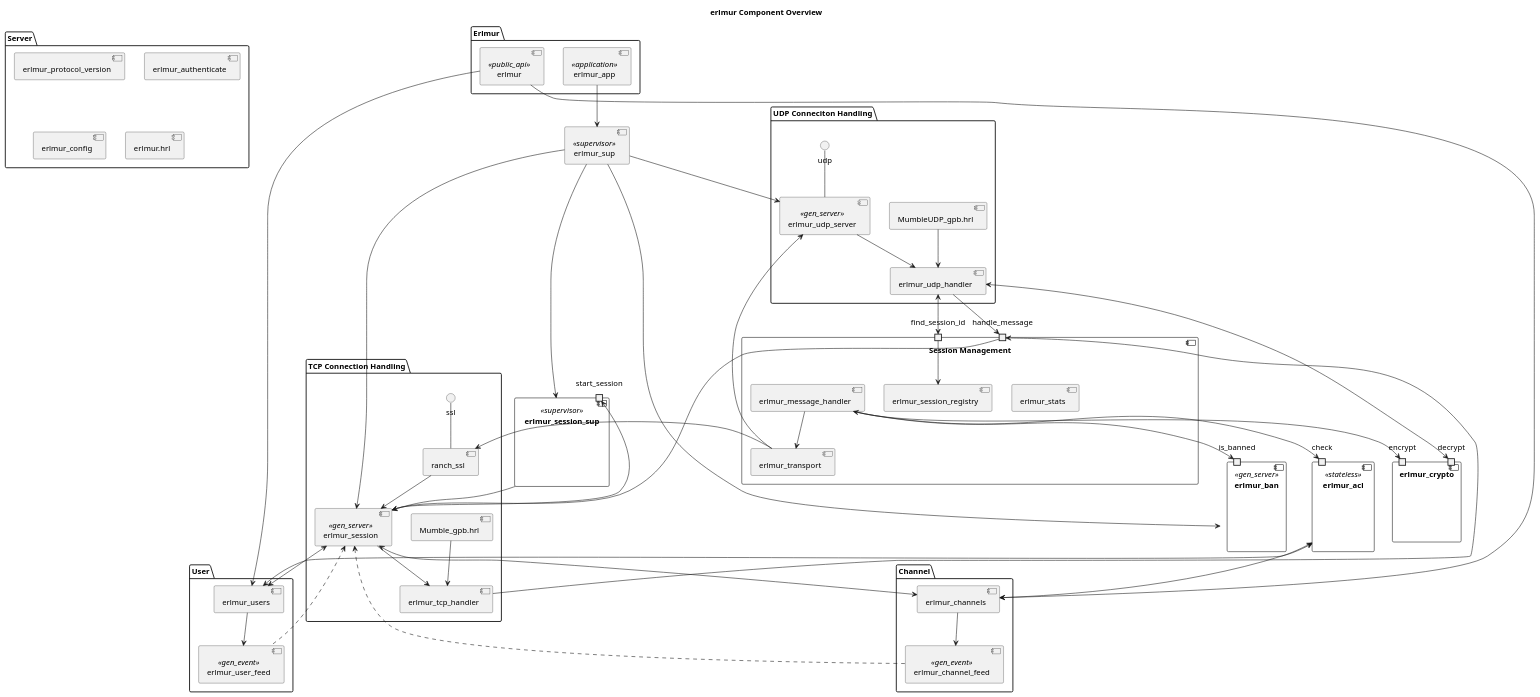
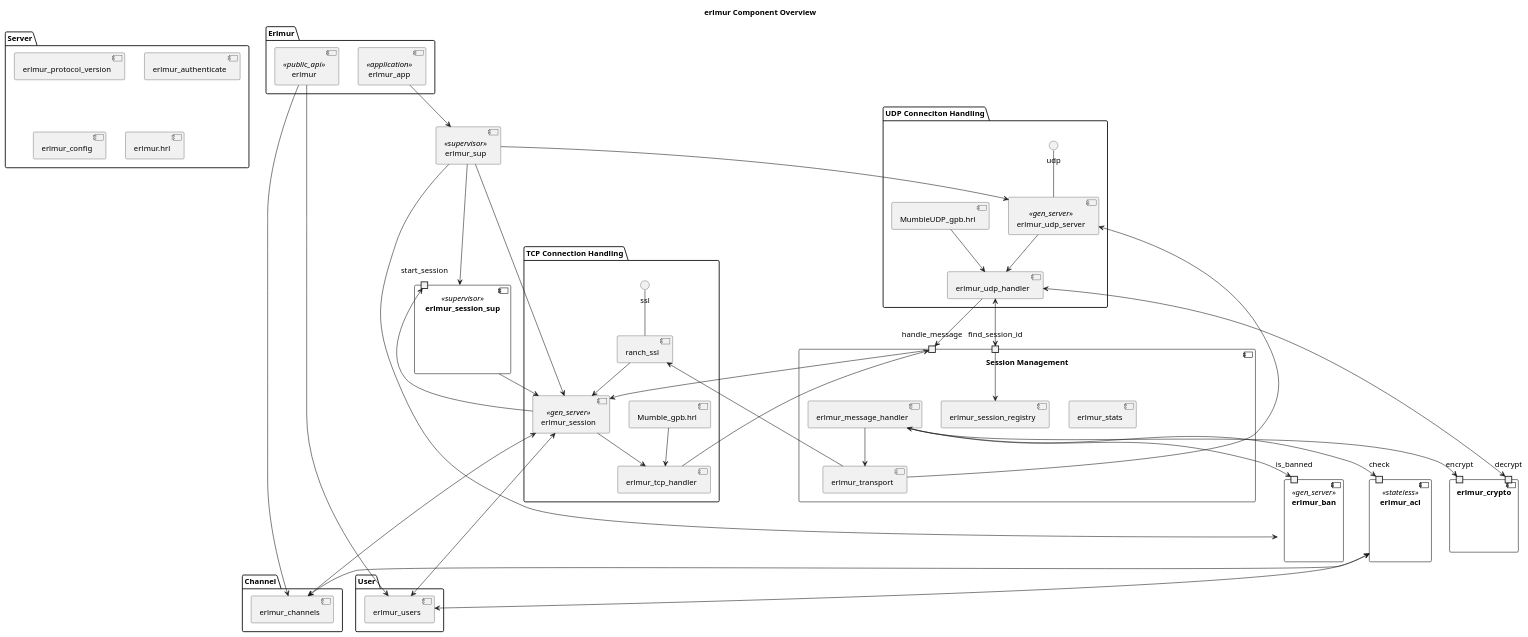
One commit to freke/erlmur changed the diagram in docs/component.puml. Above: the diagram before and after it, drawn with PlantUML. The commit also changed 21 other files, not shown here.

```diff
--- a/docs/component.puml
+++ b/docs/component.puml
@@ -1,107 +1,102 @@
 @startuml
 title erlmur Component Overview
 
 package "Erlmur" {
     [erlmur_app] <<application>>
     [erlmur] <<public_api>>
 }
 
 component erlmur_sup <<supervisor>> {
 }
 
 component erlmur_session_sup <<supervisor>> {
     port start_session
 }
 
 package "TCP Connection Handling" {
     [Mumble_gpb.hrl] --> [erlmur_tcp_handler]
     [erlmur_session] <<ranch_protocol, gen_statem>>
     [erlmur_session] --> [erlmur_tcp_handler]
     ssl -- [ranch_ssl]
     [ranch_ssl] --> [erlmur_session]
 }
 
 package "UDP Conneciton Handling" {
     udp -- [erlmur_udp_server]
     [MumbleUDP_gpb.hrl] --> [erlmur_udp_handler]
     [erlmur_udp_server] <<gen_server>>
     [erlmur_udp_server] --> [erlmur_udp_handler]
 }
 
 component "Session Management" {
     port find_session_id
     port handle_message
     [erlmur_session] <<gen_server>>
     [erlmur_transport]
     [erlmur_stats]
     [erlmur_session_registry]
     find_session_id --> [erlmur_session_registry]
     handle_message --> [erlmur_session]
     [erlmur_message_handler]
 }
 
 component erlmur_crypto {
     port encrypt
     port decrypt
 }
 
 package "Server" {
   [erlmur_protocol_version]
   [erlmur_authenticate]
   [erlmur_config]
   [erlmur.hrl]
 }
 
 component erlmur_ban <<gen_server>> {
     port is_banned
 }
 
 component erlmur_acl <<stateless>> {
     port check
 }
 
 package "User" {
     [erlmur_users]
-    [erlmur_user_feed] <<gen_event>>
-    [erlmur_users] --> [erlmur_user_feed]
 }
 
 package "Channel" {
     [erlmur_channels]
-    [erlmur_channel_feed] <<gen_event>>
-    [erlmur_channels] --> [erlmur_channel_feed]
 }
 
 [erlmur_app] --> [erlmur_sup]
 
 [erlmur_sup] --> [erlmur_session_sup]
 [erlmur_sup] --> [erlmur_session]
 [erlmur_sup] --> [erlmur_udp_server]
 [erlmur_sup] --> [erlmur_ban]
 
 [erlmur_session] --> start_session
 [erlmur_tcp_handler] --> handle_message
 [erlmur_session_sup] --> [erlmur_session]
 [erlmur_udp_handler] <--> find_session_id
 [erlmur_udp_handler] --> handle_message
 [erlmur_udp_handler] <--> decrypt
 [erlmur_message_handler] <--> encrypt
 [erlmur_message_handler] --> [erlmur_transport]
 
 [erlmur_session] <--> [erlmur_users]
 [erlmur_session] <--> [erlmur_channels]
-[erlmur_session] <.. [erlmur_channel_feed]
-[erlmur_session] <.. [erlmur_user_feed]
+
 
 [erlmur_transport] --> [erlmur_udp_server]
 [erlmur_transport] --> [ranch_ssl]
 
 [erlmur_message_handler] --> is_banned
 
 [erlmur_message_handler] --> check
 [erlmur_acl] <--> [erlmur_channels]
 [erlmur_acl] <--> [erlmur_users]
 
 [erlmur] --> [erlmur_users]
 [erlmur] --> [erlmur_channels]
 @enduml
```
